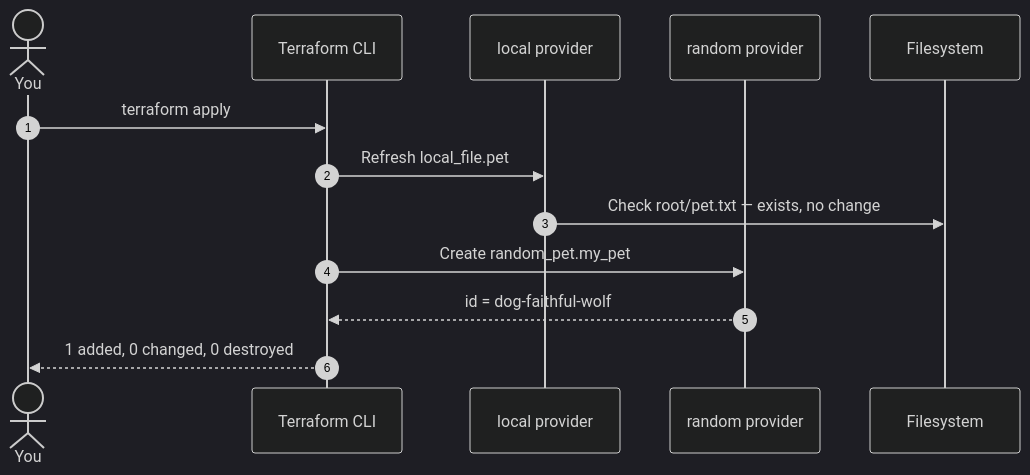
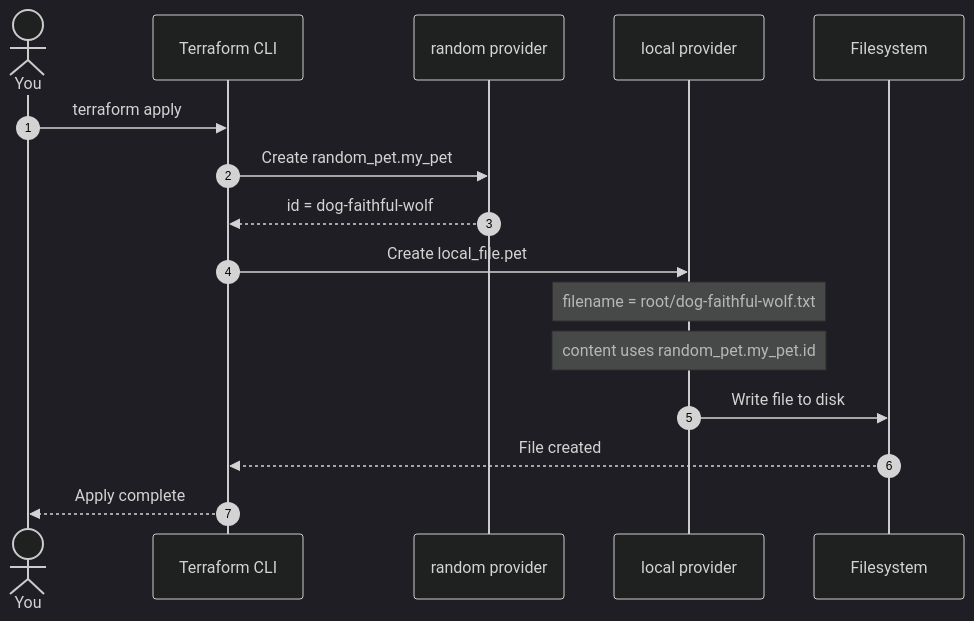
Before and after one commit to nirajp82/Terraform_Basics: the fourth of 4 diagrams in 04_Core_Terraform_Basics/03_Multiple_Providers_and_Resources.md, drawn with Mermaid. The commit also changed other lines of this file, not shown here.

First line of the commit message:
Show random_pet.id referenced in local_file filename and content.

````diff
--- a/04_Core_Terraform_Basics/03_Multiple_Providers_and_Resources.md
+++ b/04_Core_Terraform_Basics/03_Multiple_Providers_and_Resources.md
@@ -208,17 +297,20 @@
 ```mermaid
 %%{init: {'theme': 'dark'}}%%
 sequenceDiagram
     autonumber
     actor You
     participant TF as Terraform CLI
+    participant Random as random provider
     participant Local as local provider
-    participant Random as random provider
     participant FS as Filesystem
 
     You->>TF: terraform apply
-    TF->>Local: Refresh local_file.pet
-    Local->>FS: Check root/pet.txt — exists, no change
     TF->>Random: Create random_pet.my_pet
     Random-->>TF: id = dog-faithful-wolf
-    TF-->>You: 1 added, 0 changed, 0 destroyed
+    TF->>Local: Create local_file.pet
+    Note over Local: filename = root/dog-faithful-wolf.txt
+    Note over Local: content uses random_pet.my_pet.id
+    Local->>FS: Write file to disk
+    FS-->>TF: File created
+    TF-->>You: Apply complete
 ```
````
